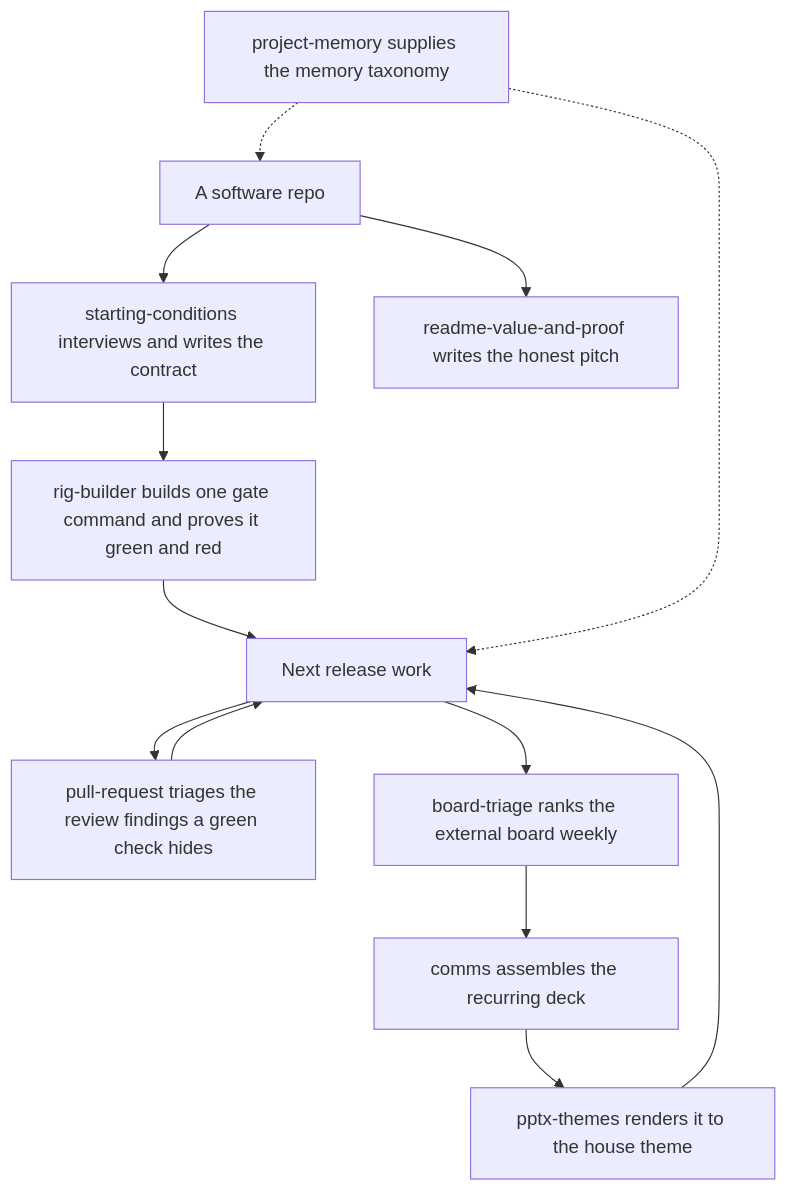
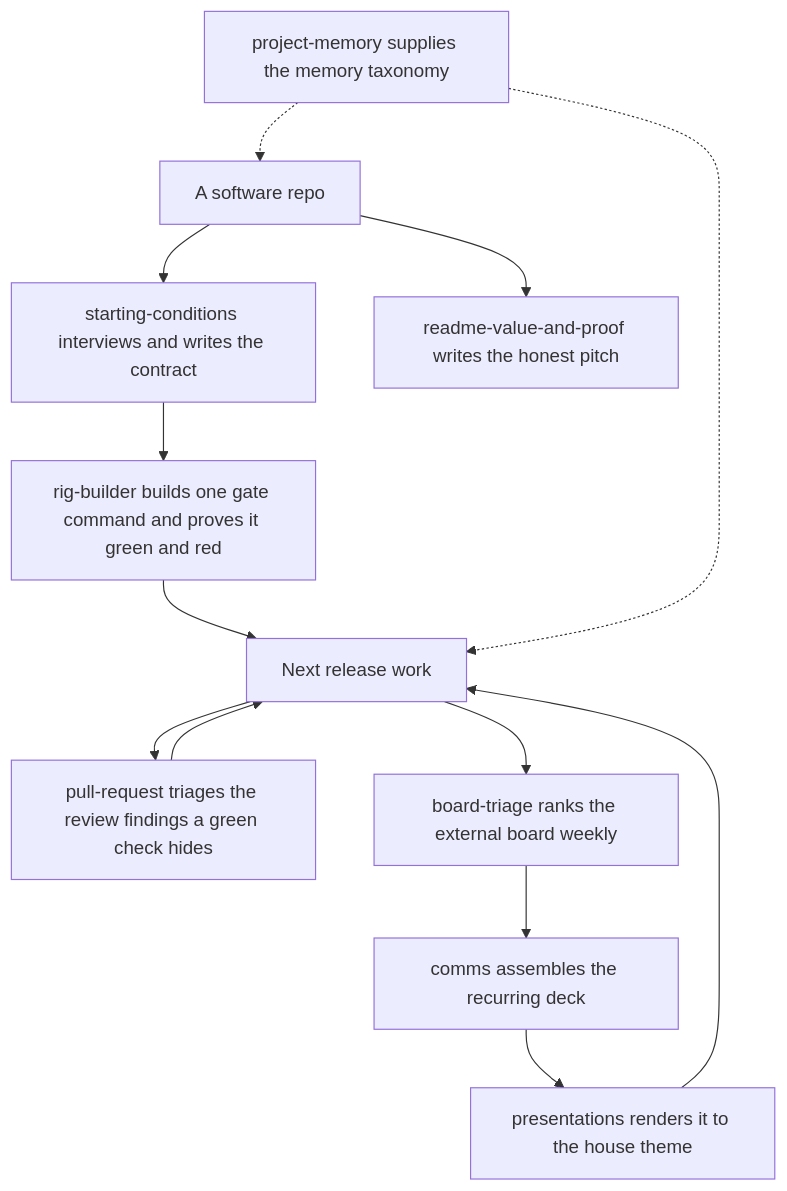
One commit to hsb3/dotfiles-agents changed the diagram in plugins/code-desk/README.md. Above: the diagram before and after it, drawn with Mermaid. The commit also changed other lines of this file and 110 other files, not shown here.

First line of the commit message:
feat(presentations): replace the vendored PPTX base with authored tooling

````diff
--- a/plugins/code-desk/README.md
+++ b/plugins/code-desk/README.md
@@ -24,16 +24,16 @@
 ```mermaid
 flowchart TD
     Repo[A software repo] --> Start[starting-conditions interviews and writes the contract]
     Start --> Rig[rig-builder builds one gate command and proves it green and red]
     Rig --> Build[Next release work]
     Build --> PR[pull-request triages the review findings a green check hides]
     PR --> Build
     Build --> Board[board-triage ranks the external board weekly]
     Board --> Comms[comms assembles the recurring deck]
-    Comms --> PPT[pptx-themes renders it to the house theme]
+    Comms --> PPT[presentations renders it to the house theme]
     PPT --> Build
     Repo --> RM[readme-value-and-proof writes the honest pitch]
 
     Mem[project-memory supplies the memory taxonomy] -.-> Repo
     Mem -.-> Build
 ```
````
